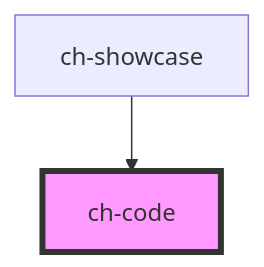
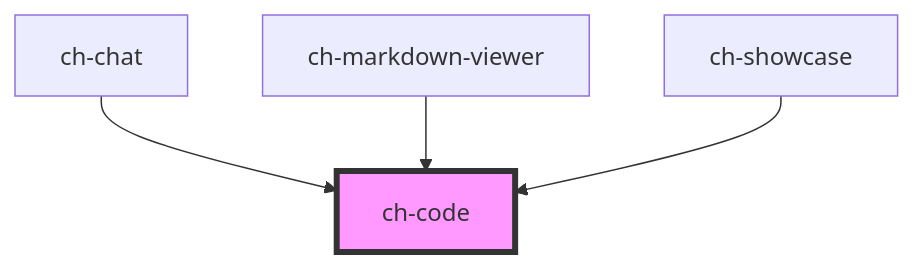
Before and after one commit to genexuslabs/chameleon-controls-library: the diagram in src/components/code/readme.md, drawn with Mermaid. The commit also changed other lines of this file and 63 other files, not shown here.

First line of the commit message:
Add a new chat component with infinite scroll, virtual scroll and markdown support. Deprecate the ch-markdown control and refactor the ch-code control (#380)

````diff
--- a/src/components/code/readme.md
+++ b/src/components/code/readme.md
@@ -35,5 +84,7 @@
 ```mermaid
 graph TD;
+  ch-chat --> ch-code
+  ch-markdown-viewer --> ch-code
   ch-showcase --> ch-code
   style ch-code fill:#f9f,stroke:#333,stroke-width:4px
 ```
````
